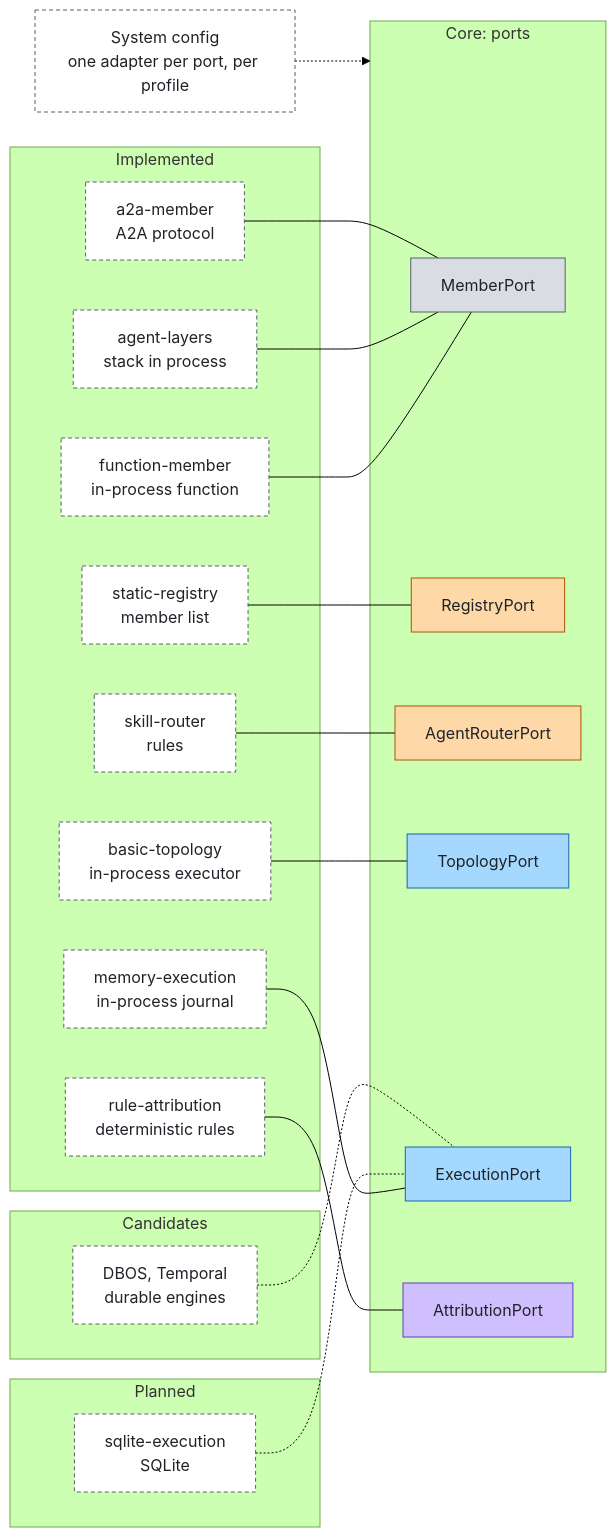
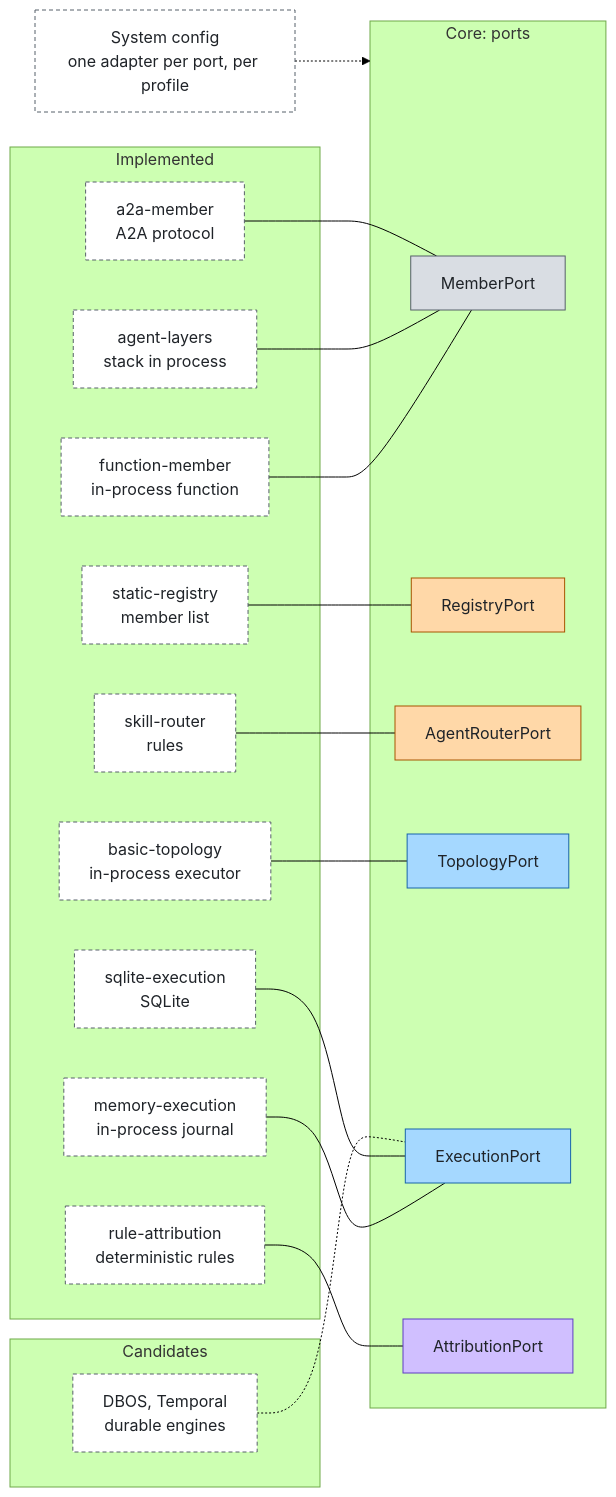
Before and after one commit to aantenore/agent-plexus: the third of 3 diagrams in docs/stack.md, drawn with Mermaid (forest theme). The commit also changed other lines of this file and 69 other files, not shown here.

First line of the commit message:
feat: waiting runs resume, sqlite-execution, signed-card policy, handoff and graph

````diff
--- a/docs/stack.md
+++ b/docs/stack.md
@@ -102,44 +102,42 @@
 ```mermaid
 flowchart LR
   config["System config<br/>one adapter per port, per profile"]:::external
   subgraph core["Core: ports"]
     mp["MemberPort"]:::foundation
     rp["RegistryPort"]:::model
     ap["AgentRouterPort"]:::model
     tp["TopologyPort"]:::agent
     ep["ExecutionPort"]:::agent
     atp["AttributionPort"]:::insight
   end
   subgraph impl["Implemented"]
     fm["function-member<br/>in-process function"]:::external
     al["agent-layers<br/>stack in process"]:::external
     a2a["a2a-member<br/>A2A protocol"]:::external
     sr["static-registry<br/>member list"]:::external
     sk["skill-router<br/>rules"]:::external
     bt["basic-topology<br/>in-process executor"]:::external
     me["memory-execution<br/>in-process journal"]:::external
+    sq["sqlite-execution<br/>SQLite"]:::external
     ra["rule-attribution<br/>deterministic rules"]:::external
-  end
-  subgraph planned["Planned"]
-    sq["sqlite-execution<br/>SQLite"]:::external
   end
   subgraph cand["Candidates"]
     db["DBOS, Temporal<br/>durable engines"]:::external
   end
   config -.-> core
   fm --- mp
   al --- mp
   a2a --- mp
   sr --- rp
   sk --- ap
   bt --- tp
   me --- ep
   ra --- atp
-  sq -.- ep
+  sq --- ep
   db -.- ep
   classDef foundation fill:#d9dde3,stroke:#57606a,color:#1f2328
   classDef model fill:#ffd8a8,stroke:#a85400,color:#1f2328
   classDef agent fill:#a5d8ff,stroke:#1864ab,color:#1f2328
   classDef insight fill:#d0bfff,stroke:#5f3dc4,color:#1f2328
   classDef external fill:#ffffff,stroke:#57606a,color:#1f2328,stroke-dasharray:4 3
 ```
````
